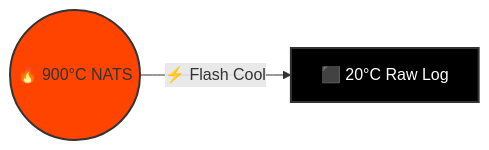
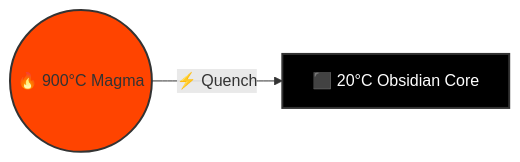
Before and after one commit to TTaoGaming/hfo_2025_11: the first of 3 diagrams in brain/design_obsidian_thermodynamics.md, drawn with Mermaid. The commit also changed other lines of this file and 1 other file, not shown here.

Commit message:
feat(brain): implement scientifically rigorous obsidian thermodynamics

````diff
--- a/brain/design_obsidian_thermodynamics.md
+++ b/brain/design_obsidian_thermodynamics.md
@@ -31,6 +35,6 @@
 ```mermaid
 graph LR
-    A((🔥 900°C NATS)) -->|⚡ Flash Cool| B[⬛ 20°C Raw Log]
+    A((🔥 900°C Magma)) -->|⚡ Quench| B[⬛ 20°C Obsidian Core]
     style A fill:#ff4400,stroke:#333,stroke-width:2px
     style B fill:#000000,stroke:#333,stroke-width:2px,color:#fff
 ```
````
